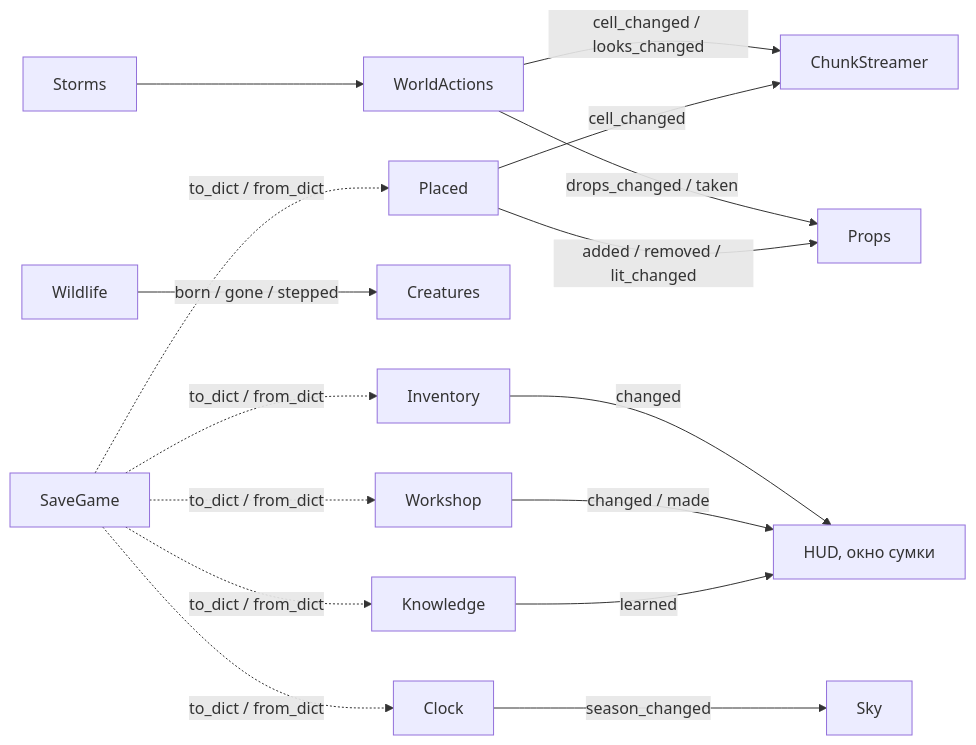
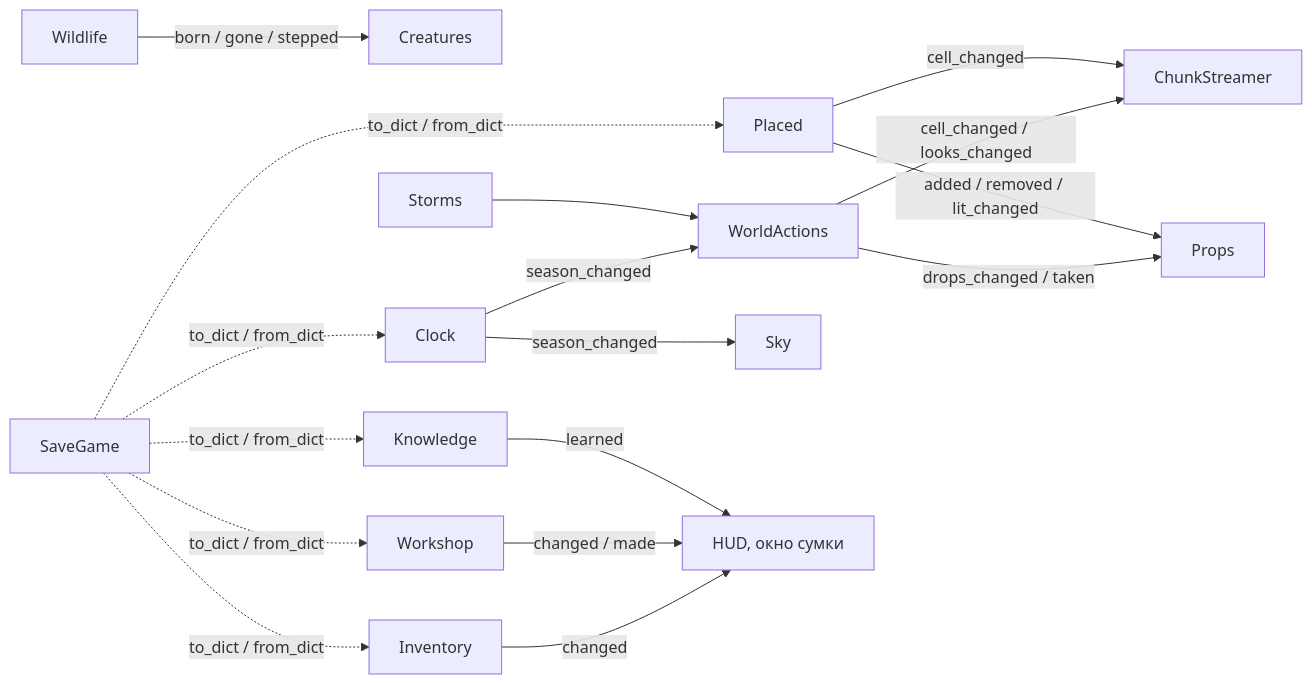
The second of 2 diagrams in docs/DEPENDENCIES.md (randomboygh/survivium), drawn with Mermaid before and after one commit. The commit also changed 29 other files, not shown here.

First line of the commit message:
Architecture cleanups from the stage 4 audit (step 4)

````diff
--- a/docs/DEPENDENCIES.md
+++ b/docs/DEPENDENCIES.md
@@ -74,14 +74,15 @@
 ```mermaid
 graph LR
   actions["WorldActions"] -- cell_changed / looks_changed --> chunks["ChunkStreamer"]
   actions -- drops_changed / taken --> props["Props"]
   placed["Placed"] -- added / removed / lit_changed --> props
   placed -- cell_changed --> chunks
   wildlife["Wildlife"] -- born / gone / stepped --> creatures["Creatures"]
   clock["Clock"] -- season_changed --> sky["Sky"]
+  clock -- season_changed --> actions
   inventory["Inventory"] -- changed --> hud["HUD, окно сумки"]
   workshop["Workshop"] -- changed / made --> hud
   knowledge["Knowledge"] -- learned --> hud
   storms["Storms"] --> actions
   save["SaveGame"] -. to_dict / from_dict .-> inventory & workshop & knowledge & clock & placed
 ```
````
